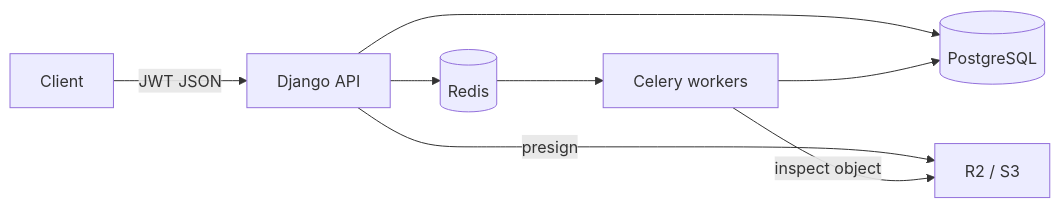
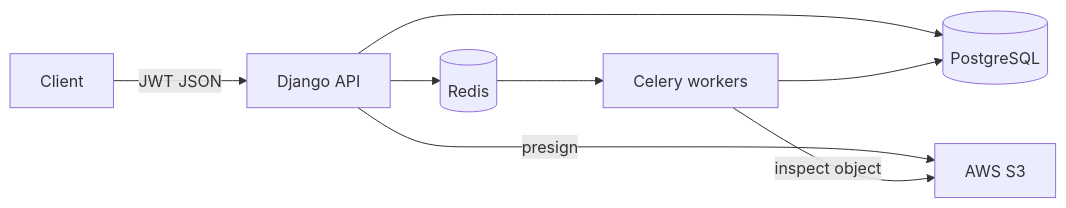
One commit to arstanbek-abdv/ReadKoom changed the first of 3 diagrams in README.md. Above: the diagram before and after it, drawn with Mermaid. The commit also changed other lines of this file and 1 other file, not shown here.

````diff
--- a/README.md
+++ b/README.md
@@ -43,10 +43,10 @@
 ```mermaid
 flowchart LR
   Client -->|JWT JSON| API[Django API]
   API --> PG[(PostgreSQL)]
   API --> Redis[(Redis)]
-  API -->|presign| ObjectStore[R2 / S3]
+  API -->|presign| ObjectStore[AWS S3]
   Redis --> Celery[Celery workers]
   Celery -->|inspect object| ObjectStore
   Celery --> PG
 ```
````
